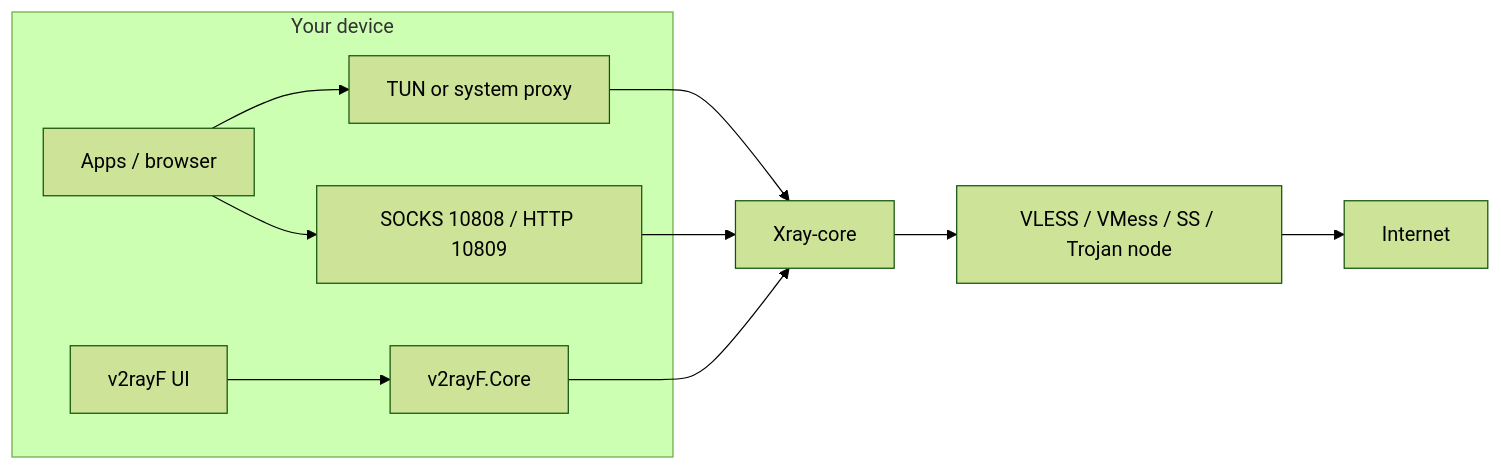
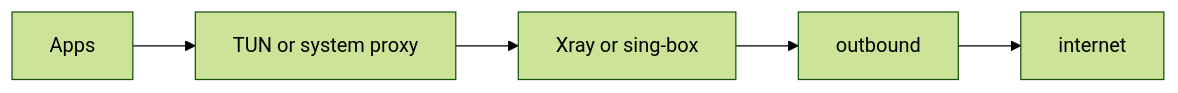
One commit to drmikecrypto/v2rayF changed the diagram in README.md. Above: the diagram before and after it, drawn with Mermaid (forest theme). The commit also changed other lines of this file, not shown here.

First line of the commit message:
Rewrite README as terminal-nerd dual-core brief.

````diff
--- a/README.md
+++ b/README.md
@@ -37,21 +69,7 @@
 ```mermaid
 flowchart LR
-  subgraph device [Your device]
-    Apps[Apps / browser]
-    UI[v2rayF UI]
-    Core[v2rayF.Core]
-    Local[SOCKS 10808 / HTTP 10809]
-    Tun[TUN or system proxy]
-  end
-  Xray[Xray-core]
-  Node[VLESS / VMess / SS / Trojan node]
-  Net[Internet]
-
-  Apps --> Tun
-  Tun --> Xray
-  Apps --> Local
-  Local --> Xray
-  UI --> Core
-  Core --> Xray
-  Xray --> Node --> Net
+  Apps --> TunOrProxy[TUN or system proxy]
+  TunOrProxy --> Core[Xray or sing-box]
+  Core --> Node[outbound]
+  Node --> Net[internet]
 ```
````
